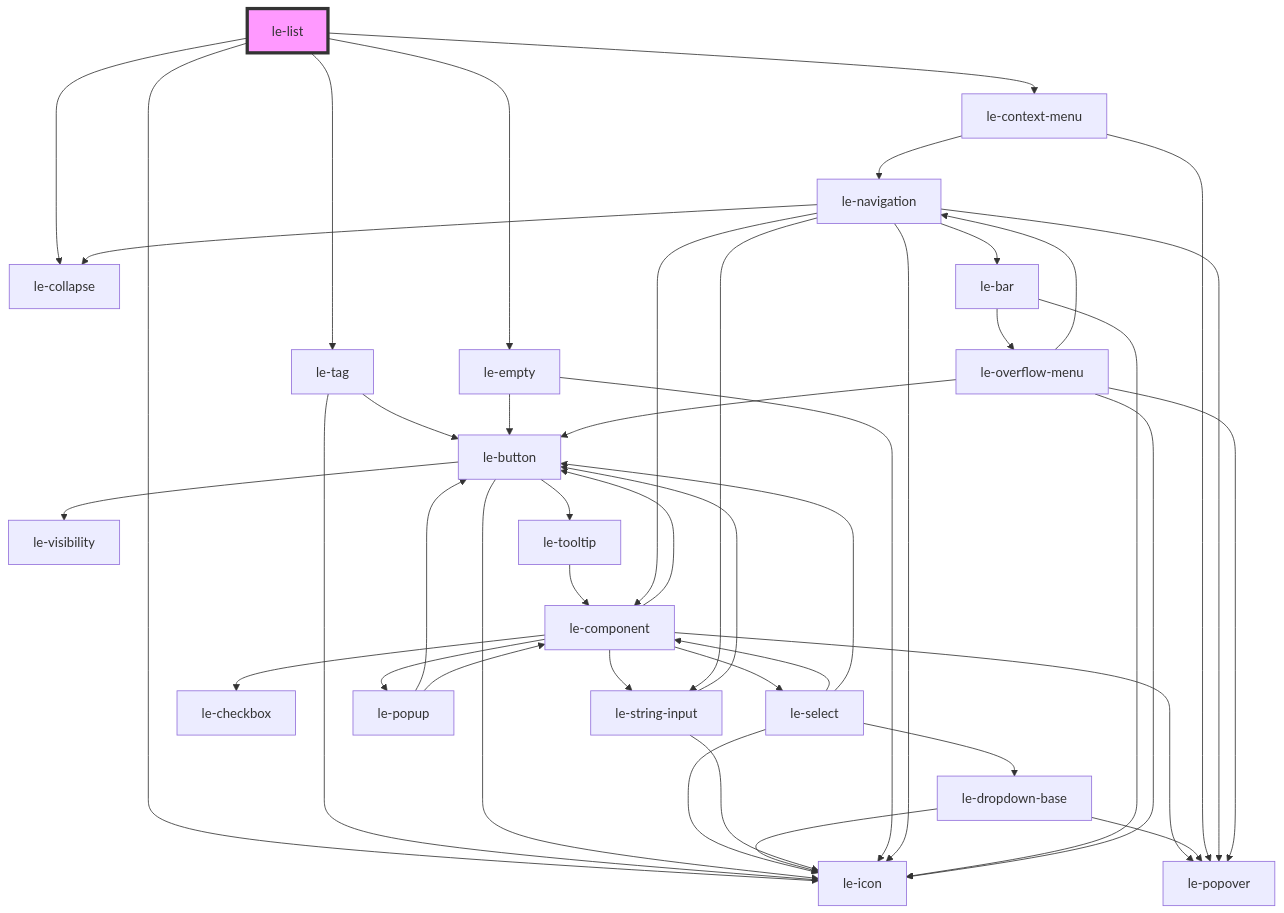
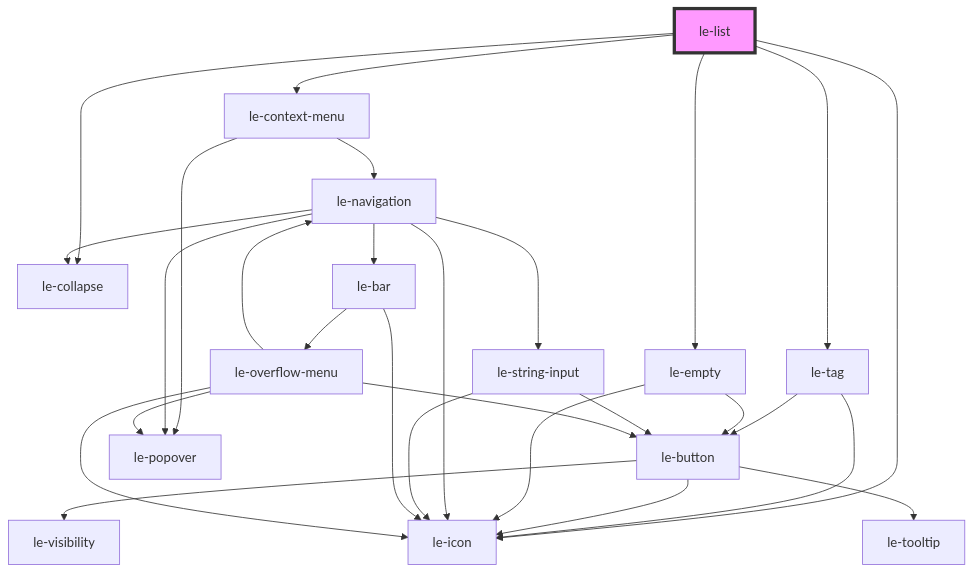
The diagram in packages/core/src/components/le-list/readme.md (leechy/le-kit), drawn with Mermaid before and after one commit. The commit also changed 2 other files, not shown here.

Commit message:
Update readme.md files affected by the <le-component> removal

````diff
--- a/packages/core/src/components/le-list/readme.md
+++ b/packages/core/src/components/le-list/readme.md
@@ -136,47 +136,31 @@
 ```mermaid
 graph TD;
   le-list --> le-icon
   le-list --> le-tag
   le-list --> le-collapse
   le-list --> le-empty
   le-list --> le-context-menu
   le-tag --> le-button
   le-tag --> le-icon
   le-button --> le-icon
   le-button --> le-visibility
   le-button --> le-tooltip
-  le-tooltip --> le-component
-  le-component --> le-button
-  le-component --> le-select
-  le-component --> le-checkbox
-  le-component --> le-string-input
-  le-component --> le-popover
-  le-component --> le-popup
-  le-select --> le-icon
-  le-select --> le-component
-  le-select --> le-dropdown-base
-  le-select --> le-button
-  le-dropdown-base --> le-icon
-  le-dropdown-base --> le-popover
-  le-string-input --> le-button
-  le-string-input --> le-icon
-  le-popup --> le-button
-  le-popup --> le-component
   le-empty --> le-icon
   le-empty --> le-button
   le-context-menu --> le-popover
   le-context-menu --> le-navigation
   le-navigation --> le-icon
   le-navigation --> le-string-input
   le-navigation --> le-collapse
   le-navigation --> le-popover
   le-navigation --> le-bar
-  le-navigation --> le-component
+  le-string-input --> le-button
+  le-string-input --> le-icon
   le-bar --> le-icon
   le-bar --> le-overflow-menu
   le-overflow-menu --> le-navigation
   le-overflow-menu --> le-popover
   le-overflow-menu --> le-button
   le-overflow-menu --> le-icon
   style le-list fill:#f9f,stroke:#333,stroke-width:4px
 ```
````
